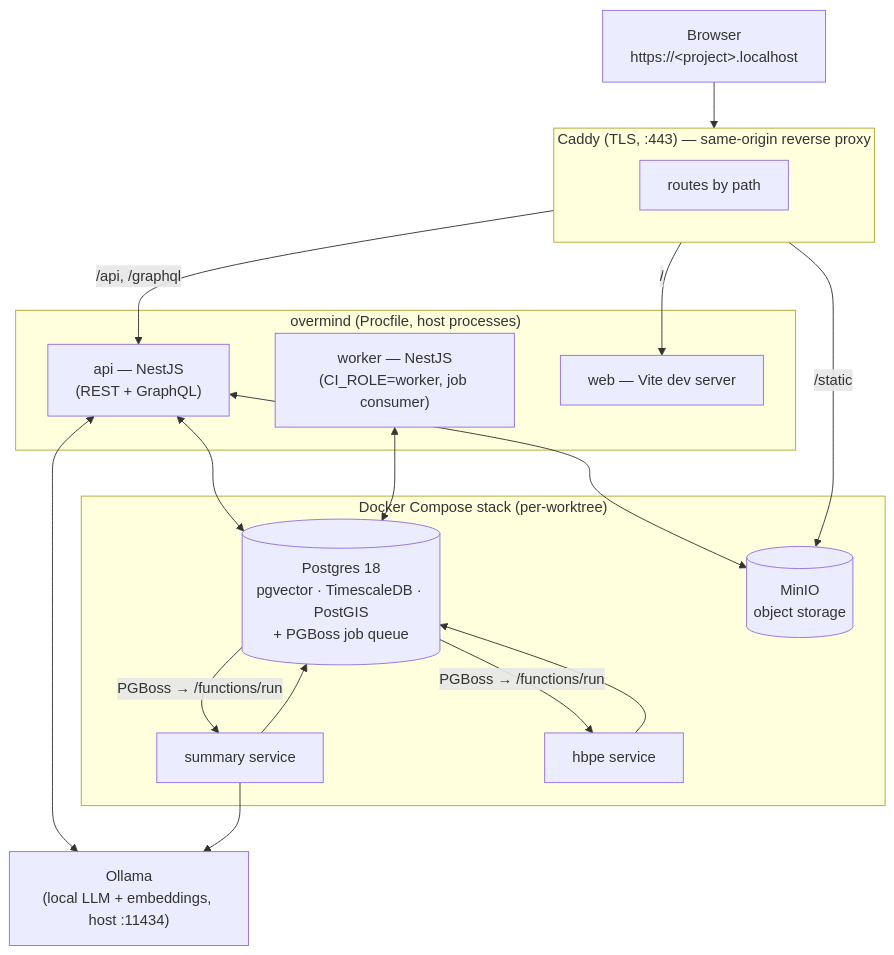
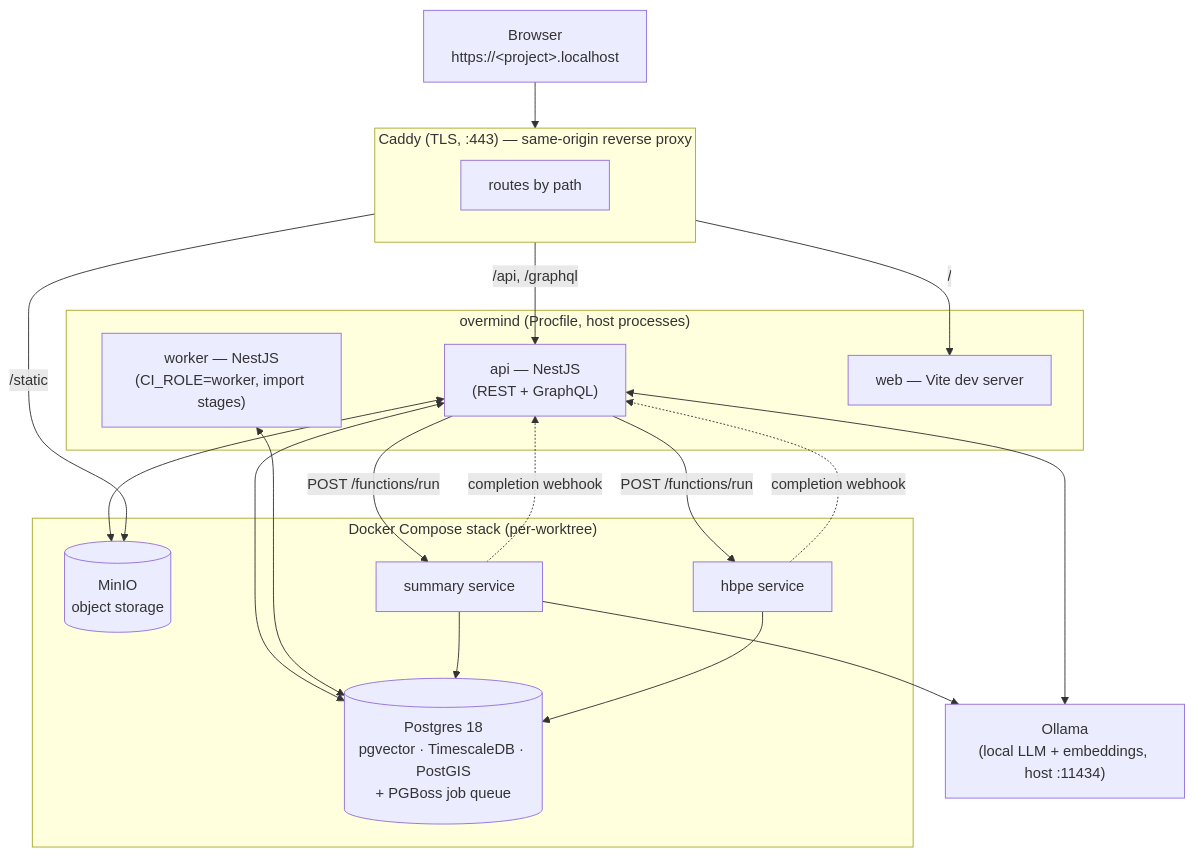
The first of 2 diagrams in README.md (bennettchamberlain/Requiemv1), drawn with Mermaid before and after one commit. The commit also changed other lines of this file and 81 other files, not shown here.

````diff
--- a/README.md
+++ b/README.md
@@ -71,38 +76,40 @@
 ```mermaid
 flowchart TB
     Browser["Browser<br/>https://&lt;project&gt;.localhost"]
 
     subgraph Caddy["Caddy (TLS, :443) — same-origin reverse proxy"]
       direction LR
       R["routes by path"]
     end
 
     subgraph Overmind["overmind (Procfile, host processes)"]
       API["api — NestJS<br/>(REST + GraphQL)"]
-      WORKER["worker — NestJS<br/>(CI_ROLE=worker, job consumer)"]
+      WORKER["worker — NestJS<br/>(CI_ROLE=worker, import stages)"]
       WEB["web — Vite dev server"]
     end
 
     subgraph Compose["Docker Compose stack (per-worktree)"]
       PG[("Postgres 18<br/>pgvector · TimescaleDB · PostGIS<br/>+ PGBoss job queue")]
       MINIO[("MinIO<br/>object storage")]
       SUM["summary service"]
       HBPE["hbpe service"]
     end
 
     OLLAMA["Ollama<br/>(local LLM + embeddings, host :11434)"]
 
     Browser --> Caddy
     R -->|"/api, /graphql"| API
     R -->|"/static"| MINIO
     R -->|"/"| WEB
     API <--> PG
     API <--> MINIO
     API <--> OLLAMA
     WORKER <--> PG
-    PG -- "PGBoss → /functions/run" --> SUM
-    PG -- "PGBoss → /functions/run" --> HBPE
+    API -- "POST /functions/run" --> SUM
+    API -- "POST /functions/run" --> HBPE
+    SUM -. "completion webhook" .-> API
+    HBPE -. "completion webhook" .-> API
     SUM --> PG
     HBPE --> PG
     SUM --> OLLAMA
 ```
````
